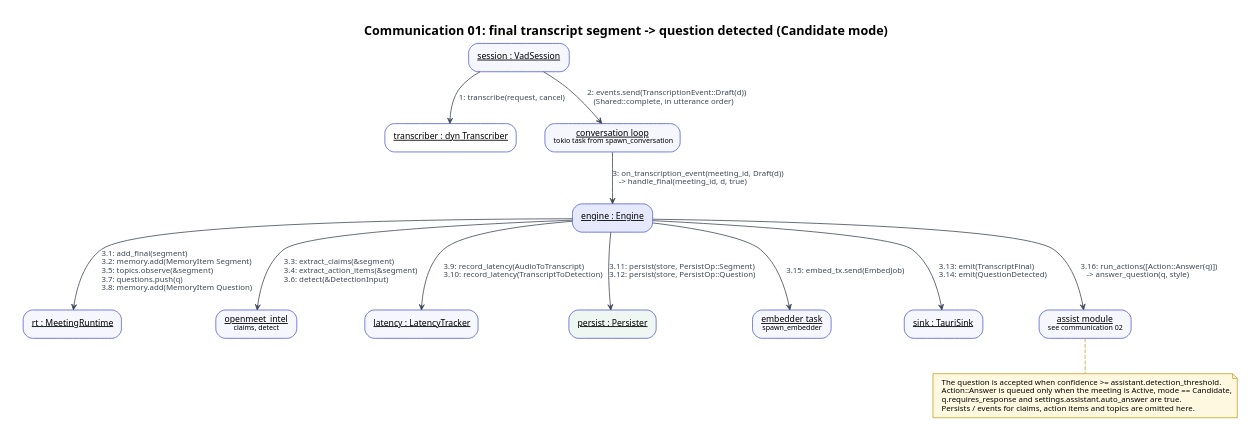
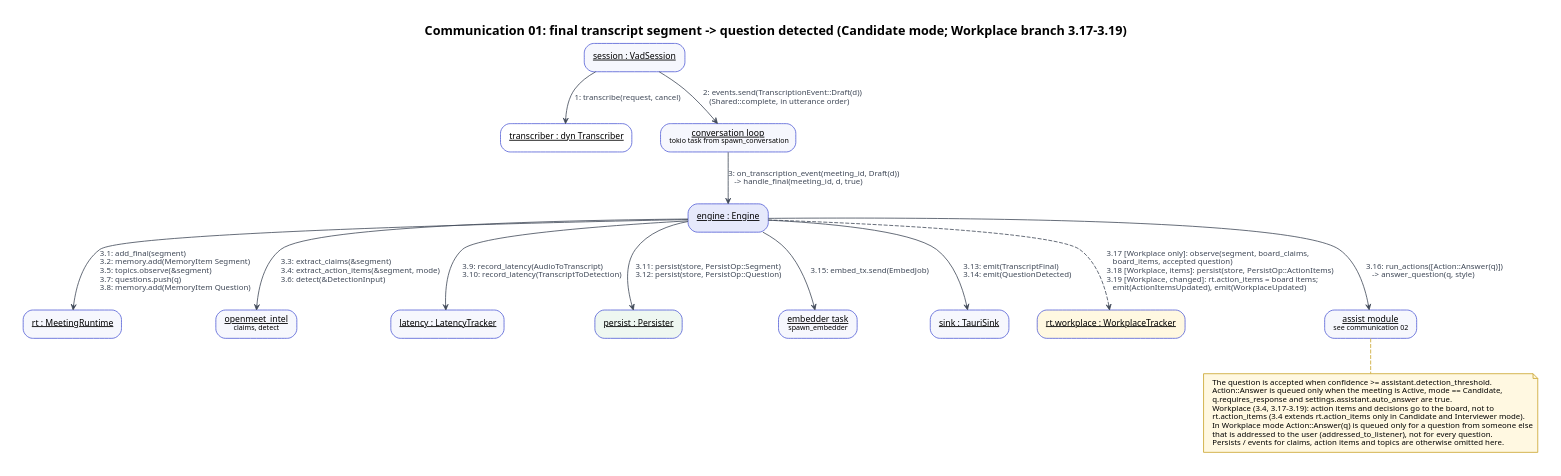
Before and after one commit to AekamSidhu/Major-Project: the diagram in diagrams/uml/communication/communication-01-final-transcript-to-question.dot, drawn with Graphviz. The commit also changed 5 other files, not shown here.

Commit message:
Show the workplace board split in the final-segment sequence and communication diagrams

```diff
--- a/diagrams/uml/communication/communication-01-final-transcript-to-question.dot
+++ b/diagrams/uml/communication/communication-01-final-transcript-to-question.dot
@@ -1,40 +1,43 @@
 // Derived from: crates/openmeet-engine/src/transcription.rs (VadSession::transcribe_final, Shared::complete),
 // crates/openmeet-engine/src/conversation.rs (spawn_conversation, on_transcription_event, handle_final, run_actions),
 // crates/openmeet-engine/src/metrics.rs (record_latency), crates/openmeet-engine/src/engine.rs (Engine::persist, Engine::emit),
-// crates/openmeet-engine/src/embedder.rs (EmbedJob, spawn_embedder).
+// crates/openmeet-engine/src/embedder.rs (EmbedJob, spawn_embedder),
+// crates/openmeet-intel/src/workplace.rs (WorkplaceTracker::observe) for the Workplace branch (3.17-3.19).
 // UML communication diagram drawn with Graphviz (PlantUML has no native notation):
 // objects are boxes with an underlined "name : Type", each link carries its numbered
 // messages, and the open arrowhead on the link shows the direction of those messages.
 digraph communication01 {
   graph [fontname="Segoe UI", fontsize=16, labelloc=t, nodesep=0.5, ranksep=0.6, pad=0.3, bgcolor="#FFFFFF",
-         label=<<B>Communication 01: final transcript segment -&gt; question detected (Candidate mode)</B>>];
+         label=<<B>Communication 01: final transcript segment -&gt; question detected (Candidate mode; Workplace branch 3.17-3.19)</B>>];
   node  [fontname="Segoe UI", fontsize=11, shape=box, style="rounded,filled", fillcolor="#F6F7FD", color="#4F5BD5", margin="0.15,0.08"];
   edge  [fontname="Segoe UI", fontsize=10, color="#3E4756", fontcolor="#3E4756", arrowhead=vee, arrowsize=0.7];
 
   vad    [label=<<U>session : VadSession</U>>];
   tr     [label=<<U>transcriber : dyn Transcriber</U>>, fillcolor="#FFFFFF"];
   loop   [label=<<U>conversation loop</U><BR/><FONT POINT-SIZE="9">tokio task from spawn_conversation</FONT>>];
   engine [label=<<U>engine : Engine</U>>, fillcolor="#E6E9FB"];
   rt     [label=<<U>rt : MeetingRuntime</U>>];
   intel  [label=<<U>openmeet_intel</U><BR/><FONT POINT-SIZE="9">claims, detect</FONT>>];
   lat    [label=<<U>latency : LatencyTracker</U>>];
   per    [label=<<U>persist : Persister</U>>, fillcolor="#EEF7F1"];
   emb    [label=<<U>embedder task</U><BR/><FONT POINT-SIZE="9">spawn_embedder</FONT>>];
   sink   [label=<<U>sink : TauriSink</U>>];
+  wp     [label=<<U>rt.workplace : WorkplaceTracker</U>>, fillcolor="#FFF8E1"];
   assist [label=<<U>assist module</U><BR/><FONT POINT-SIZE="9">see communication 02</FONT>>];
 
   vad -> tr     [label="1: transcribe(request, cancel)"];
   vad -> loop   [label="2: events.send(TranscriptionEvent::Draft(d))\l    (Shared::complete, in utterance order)\l"];
   loop -> engine [label="3: on_transcription_event(meeting_id, Draft(d))\l    -> handle_final(meeting_id, d, true)\l"];
   engine -> rt  [label="3.1: add_final(segment)\l3.2: memory.add(MemoryItem Segment)\l3.5: topics.observe(&segment)\l3.7: questions.push(q)\l3.8: memory.add(MemoryItem Question)\l"];
-  engine -> intel [label="3.3: extract_claims(&segment)\l3.4: extract_action_items(&segment)\l3.6: detect(&DetectionInput)\l"];
+  engine -> intel [label="3.3: extract_claims(&segment)\l3.4: extract_action_items(&segment, mode)\l3.6: detect(&DetectionInput)\l"];
   engine -> lat [label="3.9: record_latency(AudioToTranscript)\l3.10: record_latency(TranscriptToDetection)\l"];
   engine -> per [label="3.11: persist(store, PersistOp::Segment)\l3.12: persist(store, PersistOp::Question)\l"];
   engine -> sink [label="3.13: emit(TranscriptFinal)\l3.14: emit(QuestionDetected)\l"];
   engine -> emb [label="3.15: embed_tx.send(EmbedJob)"];
   engine -> assist [label="3.16: run_actions([Action::Answer(q)])\l    -> answer_question(q, style)\l"];
+  engine -> wp [style=dashed, label="3.17 [Workplace only]: observe(segment, board_claims,\l    board_items, accepted question)\l3.18 [Workplace, items]: persist(store, PersistOp::ActionItems)\l3.19 [Workplace, changed]: rt.action_items = board items;\l    emit(ActionItemsUpdated), emit(WorkplaceUpdated)\l"];
 
   note [shape=note, style=filled, fillcolor="#FFF8E1", color="#C9A227", fontsize=10,
-        label="The question is accepted when confidence >= assistant.detection_threshold.\lAction::Answer is queued only when the meeting is Active, mode == Candidate,\lq.requires_response and settings.assistant.auto_answer are true.\lPersists / events for claims, action items and topics are omitted here.\l"];
+        label="The question is accepted when confidence >= assistant.detection_threshold.\lAction::Answer is queued only when the meeting is Active, mode == Candidate,\lq.requires_response and settings.assistant.auto_answer are true.\lWorkplace (3.4, 3.17-3.19): action items and decisions go to the board, not to\lrt.action_items (3.4 extends rt.action_items only in Candidate and Interviewer mode).\lIn Workplace mode Action::Answer(q) is queued only for a question from someone else\lthat is addressed to the user (addressed_to_listener), not for every question.\lPersists / events for claims, action items and topics are otherwise omitted here.\l"];
   assist -> note [style=dashed, arrowhead=none, color="#C9A227"];
 }
```
